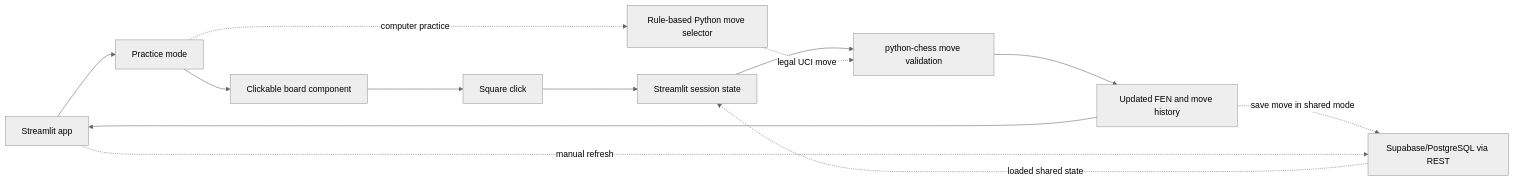
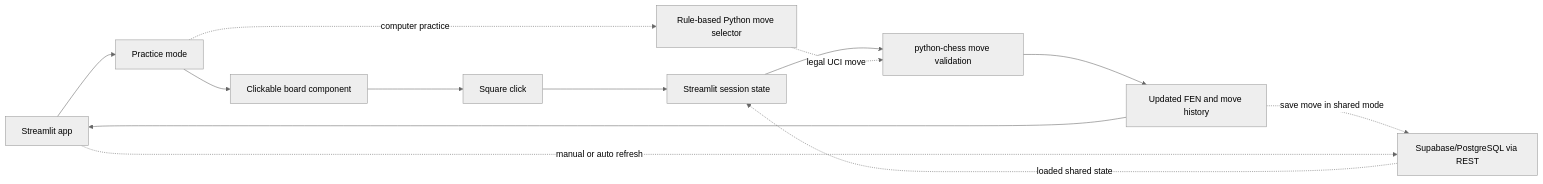
Before and after one commit to NikolayAir/Boardstep: the diagram in README.md, drawn with Mermaid (neutral theme). The commit also changed other lines of this file and 1 other file, not shown here.

Commit message:
chore: polish shared game auto-refresh wording

````diff
--- a/README.md
+++ b/README.md
@@ -19,17 +19,17 @@
 ```mermaid
 flowchart LR
     UI["Streamlit app"] --> Mode["Practice mode"]
     Mode --> Board["Clickable board component"]
     Board --> Click["Square click"]
     Click --> State["Streamlit session state"]
     State --> Rules["python-chess move validation"]
     Rules --> Position["Updated FEN and move history"]
     Position --> UI
 
     Mode -. "computer practice" .-> Computer["Rule-based Python move selector"]
     Computer -. "legal UCI move" .-> Rules
 
     Position -. "save move in shared mode" .-> Storage["Supabase/PostgreSQL via REST"]
-    UI -. "manual refresh" .-> Storage
+    UI -. "manual or auto refresh" .-> Storage
     Storage -. "loaded shared state" .-> State
 ```
````
